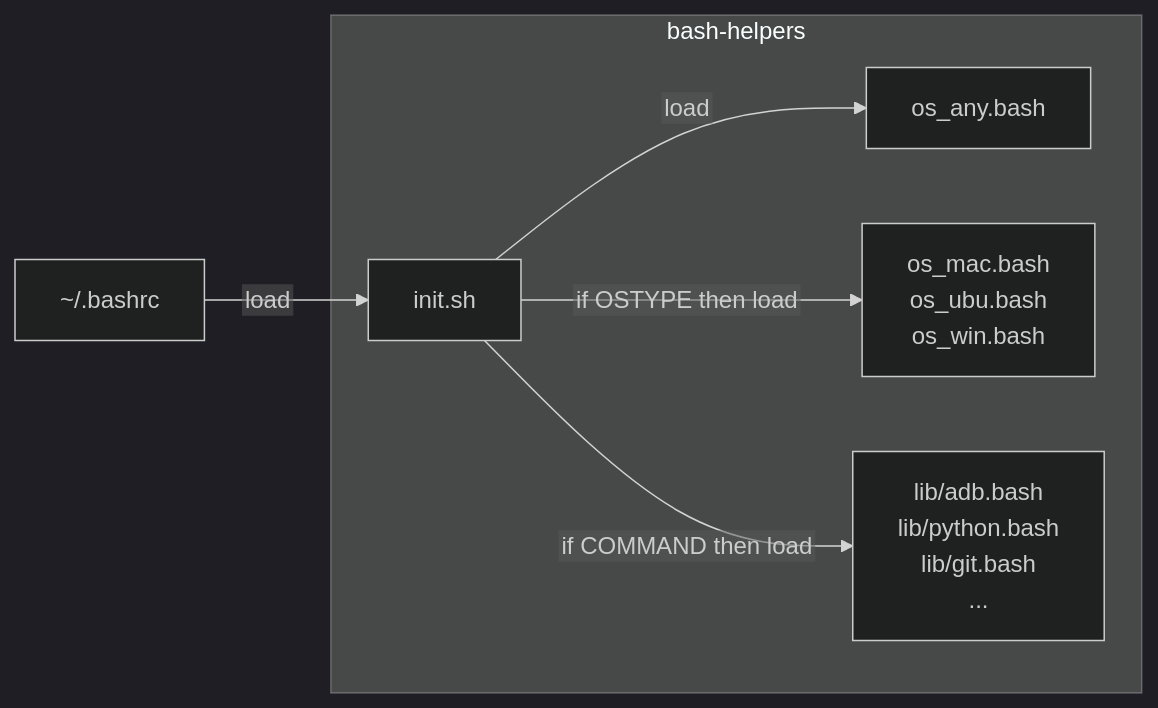
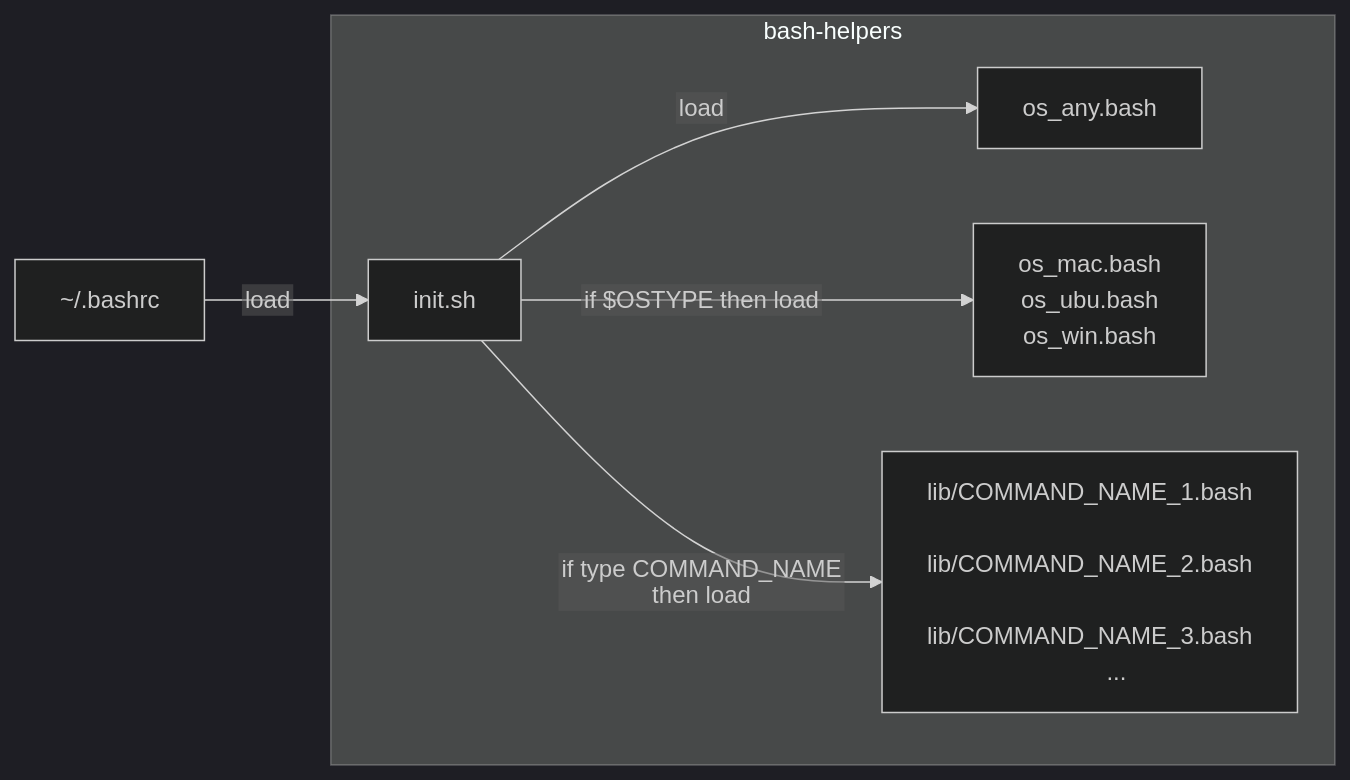
Before and after one commit to alanlivio/ps-sh-helpers: the diagram in README.md, drawn with Mermaid (dark theme). The commit also changed 1 other file, not shown here.

Commit message:
init.sh loads lib/COMMAND_NAME.bash if type COMMAND_NAME

````diff
--- a/README.md
+++ b/README.md
@@ -8,23 +8,23 @@
 ```mermaid
 %%{init: {"flowchart": {"htmlLabels": false}} }%%
 flowchart LR
     bashrc["~/.bashrc"]
     subgraph bash-helpers
     init["init.sh"]
     any["os_any.bash"]
     os-dependent["
         os_mac.bash
         os_ubu.bash
         os_win.bash"]
     command-dependent["
-        lib/adb.bash
-        lib/python.bash
-        lib/git.bash
+        lib/COMMAND_NAME_1.bash
+        lib/COMMAND_NAME_2.bash
+        lib/COMMAND_NAME_3.bash
         ...
     "]
     end
     bashrc --> |"load"| init
     init --> |"load"|any
-    init --> |"if OSTYPE then load"|os-dependent
-    init --> |"if COMMAND then load"|command-dependent
+    init --> |"if $OSTYPE then load"|os-dependent
+    init --> |"if type COMMAND_NAME then load"|command-dependent
 ```
````
